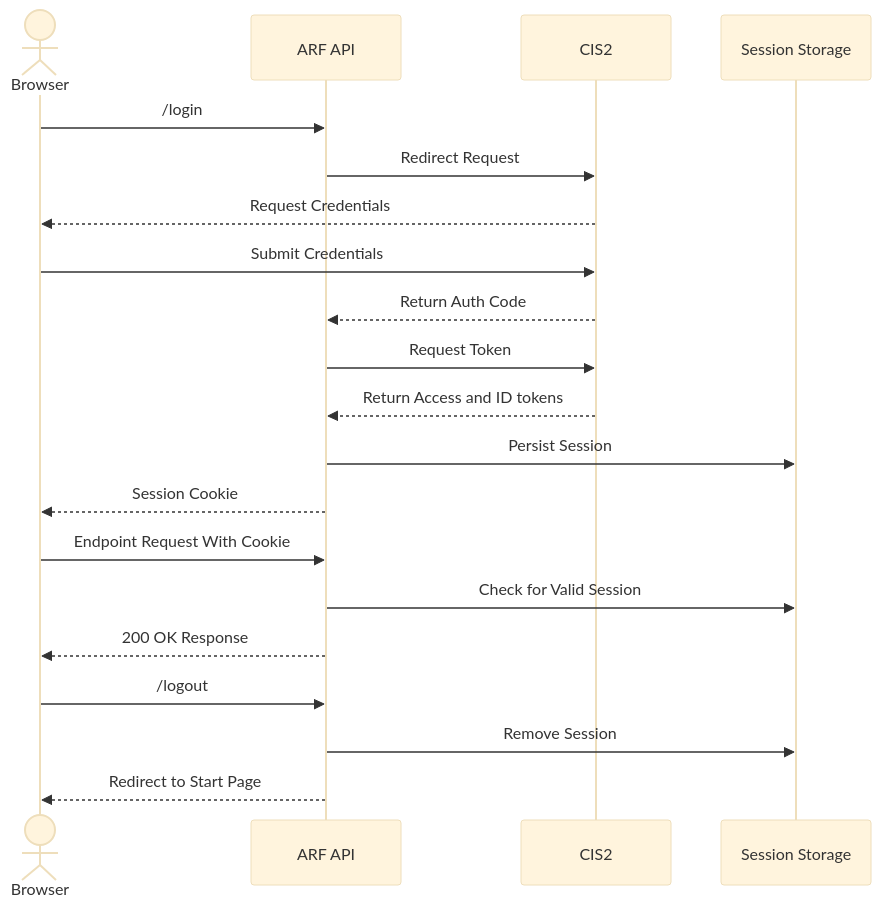
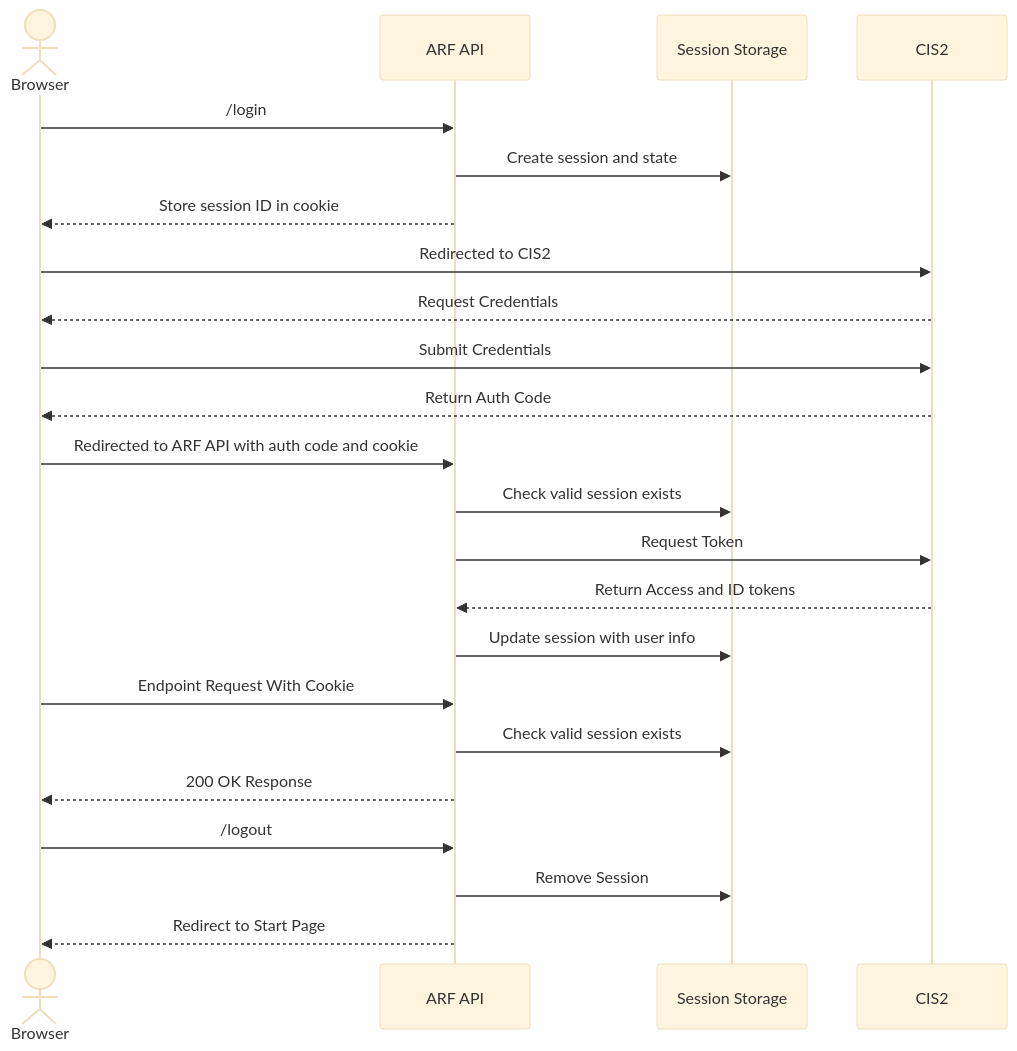
One commit to nhsconnect/document-store-prototype changed the second of 3 diagrams in docs/diagrams/sequence/auth.md. Above: the diagram before and after it, drawn with Mermaid (base theme).

Commit message:
[PRMT-2977] Correction to auth flow sequence diagram: create session before auth code flow is completed

````diff
--- a/docs/diagrams/sequence/auth.md
+++ b/docs/diagrams/sequence/auth.md
@@ -39,19 +39,22 @@
 ```mermaid
 sequenceDiagram
     actor Browser
     Browser ->> ARF API : /login
-    ARF API ->> CIS2 : Redirect Request
+    ARF API ->> Session Storage: Create session and state
+    ARF API -->> Browser: Store session ID in cookie
+    Browser ->> CIS2 : Redirected to CIS2
     CIS2 -->> Browser  : Request Credentials
     Browser ->> CIS2 : Submit Credentials
-    CIS2 -->> ARF API : Return Auth Code
+    CIS2 -->> Browser : Return Auth Code
+    Browser ->> ARF API: Redirected to ARF API with auth code and cookie 
+    ARF API ->> Session Storage: Check valid session exists
     ARF API ->> CIS2 : Request Token
     CIS2 -->> ARF API : Return Access and ID tokens
-    ARF API ->> Session Storage : Persist Session
-    ARF API -->> Browser : Session Cookie
+    ARF API ->> Session Storage : Update session with user info
     Browser ->> ARF API : Endpoint Request With Cookie
-    ARF API ->> Session Storage : Check for Valid Session
+    ARF API ->> Session Storage : Check valid session exists
     ARF API -->> Browser : 200 OK Response
     Browser ->> ARF API : /logout
     ARF API ->> Session Storage : Remove Session
     ARF API -->> Browser : Redirect to Start Page
 ```
````
